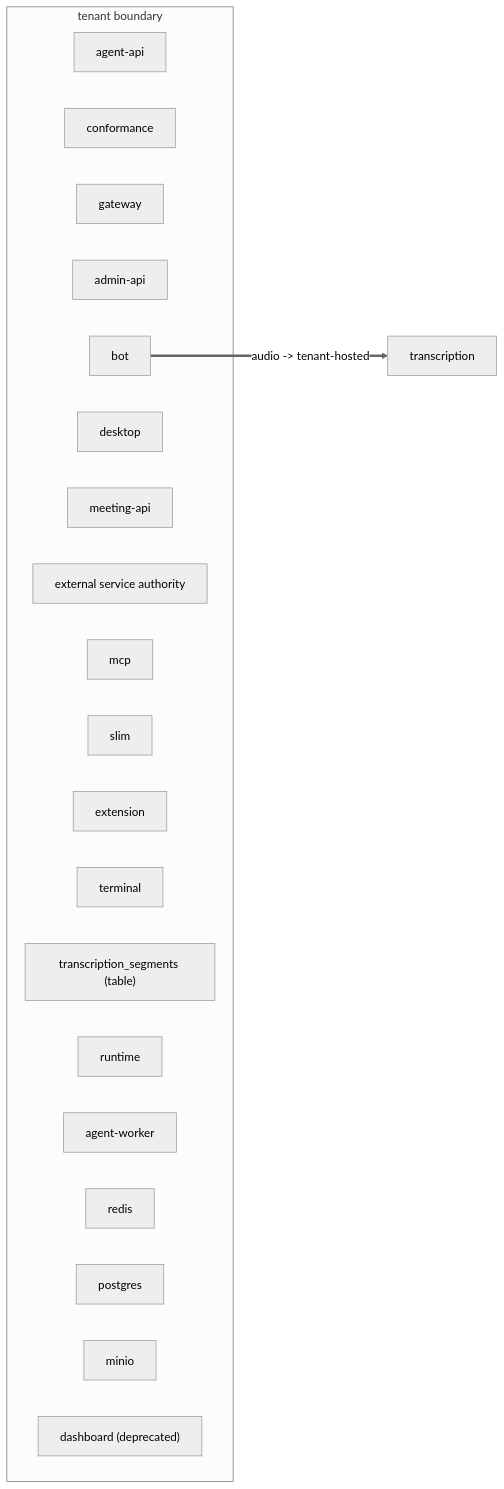
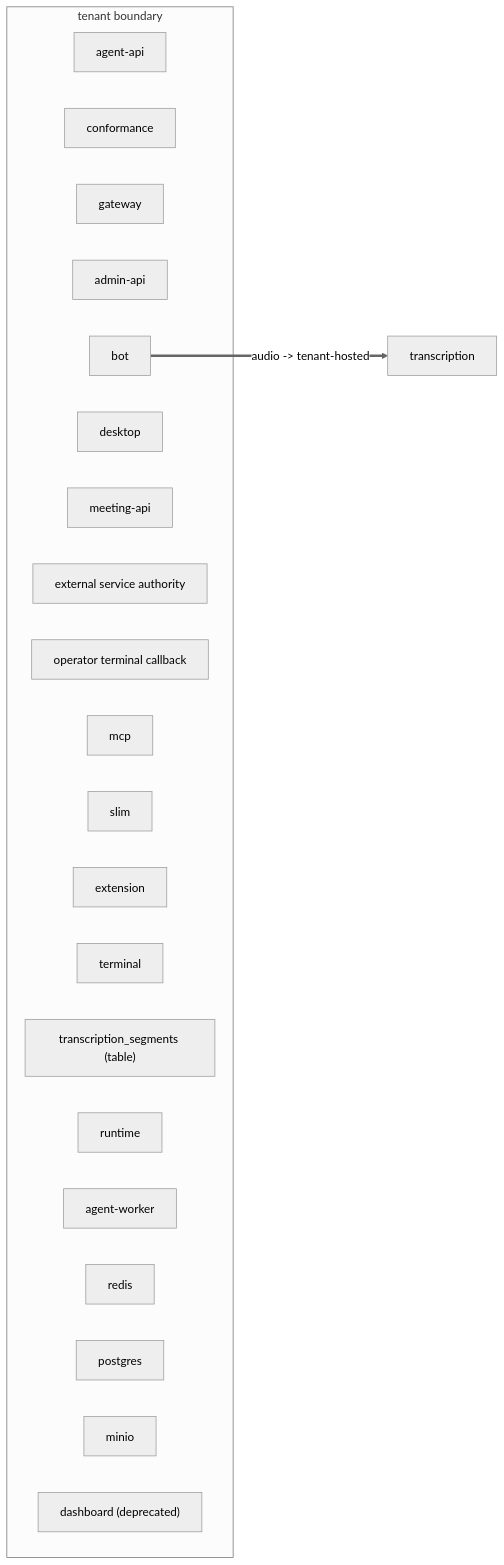
Before and after one commit to Vexa-ai/vexa: the diagram in docs/views/egress.mmd, drawn with Mermaid (neutral theme). The commit also changed 21 other files, not shown here.

Commit message:
feat(meetings): add operator terminal callback

```diff
--- a/docs/views/egress.mmd
+++ b/docs/views/egress.mmd
@@ -1,25 +1,26 @@
 %% GENERATED — pnpm arch:dsl --write
 flowchart LR
   subgraph tenant["tenant boundary"]
     agent_api["agent-api"]
     conformance["conformance"]
     gateway["gateway"]
     admin_api["admin-api"]
     bot["bot"]
     desktop["desktop"]
     meeting_api["meeting-api"]
     service_authority["external service authority"]
+    system_webhook["operator terminal callback"]
     mcp["mcp"]
     slim["slim"]
     extension["extension"]
     terminal["terminal"]
     segments_table["transcription_segments (table)"]
     runtime["runtime"]
     agent_worker["agent-worker"]
     redis["redis"]
     postgres["postgres"]
     minio["minio"]
     dashboard["dashboard (deprecated)"]
   end
   transcription["transcription"]
   bot ==>|"audio -> tenant-hosted"| transcription
```
